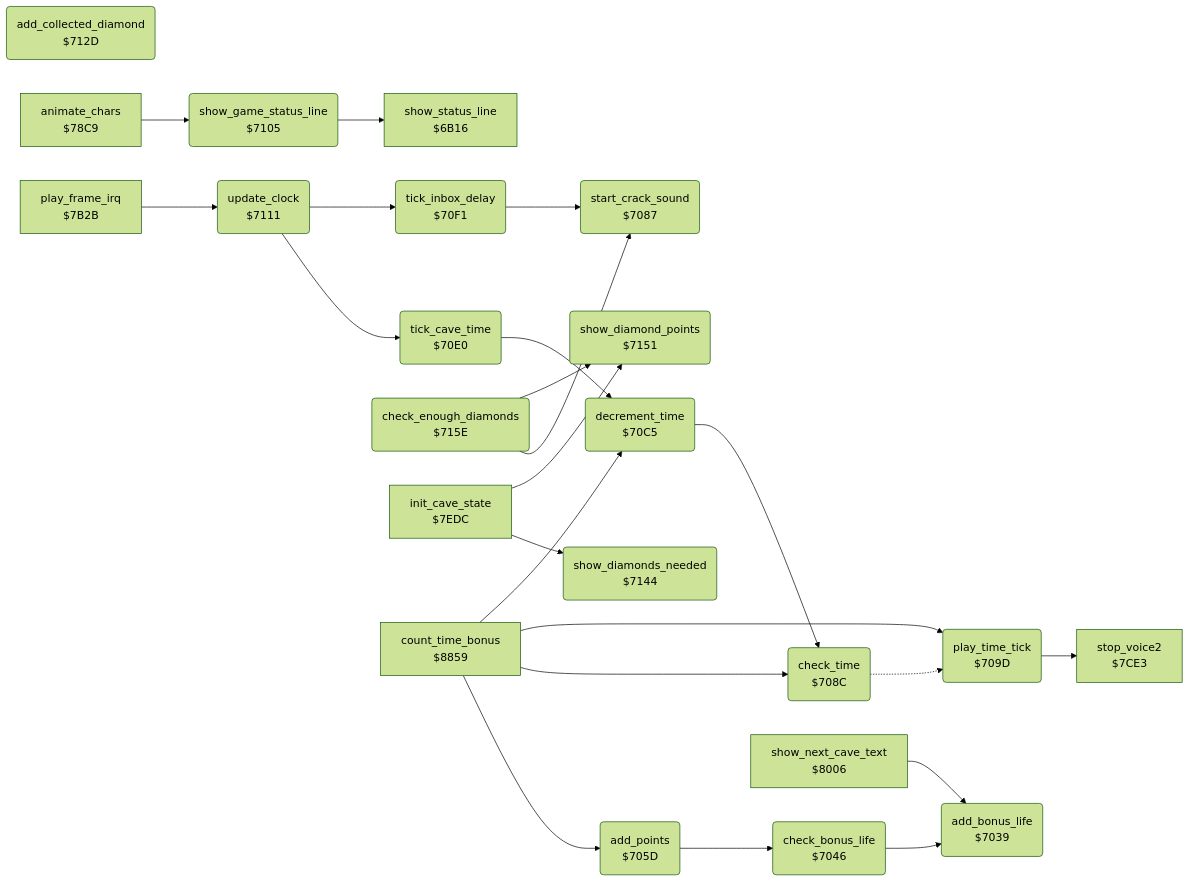
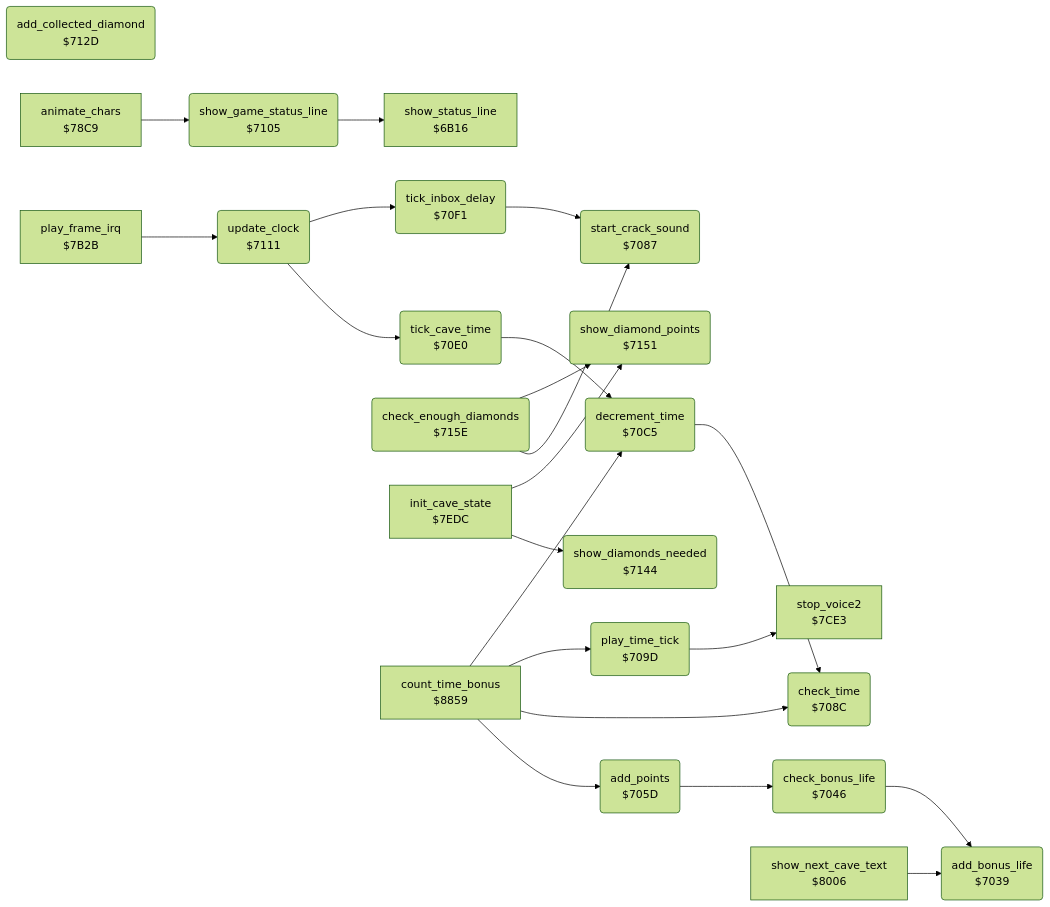
Before and after one commit to henols/c64_games: the diagram in boulder_dash/v1/docs/reference/modules/status/score_time.md, drawn with Mermaid (forest theme). The commit also changed other lines of this file and 1100 other files, not shown here.

````diff
--- a/boulder_dash/v1/docs/reference/modules/status/score_time.md
+++ b/boulder_dash/v1/docs/reference/modules/status/score_time.md
@@ -10,46 +37,45 @@
 ```mermaid
 flowchart LR
   n6b16["show_status_line<br/>$6B16"]
   n7039("add_bonus_life<br/>$7039")
   n7046("check_bonus_life<br/>$7046")
   n705d("add_points<br/>$705D")
   n7087("start_crack_sound<br/>$7087")
   n708c("check_time<br/>$708C")
   n709d("play_time_tick<br/>$709D")
   n70c5("decrement_time<br/>$70C5")
   n70e0("tick_cave_time<br/>$70E0")
   n70f1("tick_inbox_delay<br/>$70F1")
   n7105("show_game_status_line<br/>$7105")
   n7111("update_clock<br/>$7111")
   n712d("add_collected_diamond<br/>$712D")
   n7144("show_diamonds_needed<br/>$7144")
   n7151("show_diamond_points<br/>$7151")
   n715e("check_enough_diamonds<br/>$715E")
   n78c9["animate_chars<br/>$78C9"]
   n7b2b["play_frame_irq<br/>$7B2B"]
   n7ce3["stop_voice2<br/>$7CE3"]
   n7edc["init_cave_state<br/>$7EDC"]
   n8006["show_next_cave_text<br/>$8006"]
   n8859["count_time_bonus<br/>$8859"]
   n7046 --> n7039
   n705d --> n7046
-  n708c -.-> n709d
   n709d --> n7ce3
   n70c5 --> n708c
   n70e0 --> n70c5
   n70f1 --> n7087
   n7105 --> n6b16
   n7111 --> n70e0
   n7111 --> n70f1
   n715e --> n7087
   n715e --> n7151
   n78c9 --> n7105
   n7b2b --> n7111
   n7edc --> n7144
   n7edc --> n7151
   n8006 --> n7039
   n8859 --> n705d
   n8859 --> n708c
   n8859 --> n709d
   n8859 --> n70c5
 ```
````
